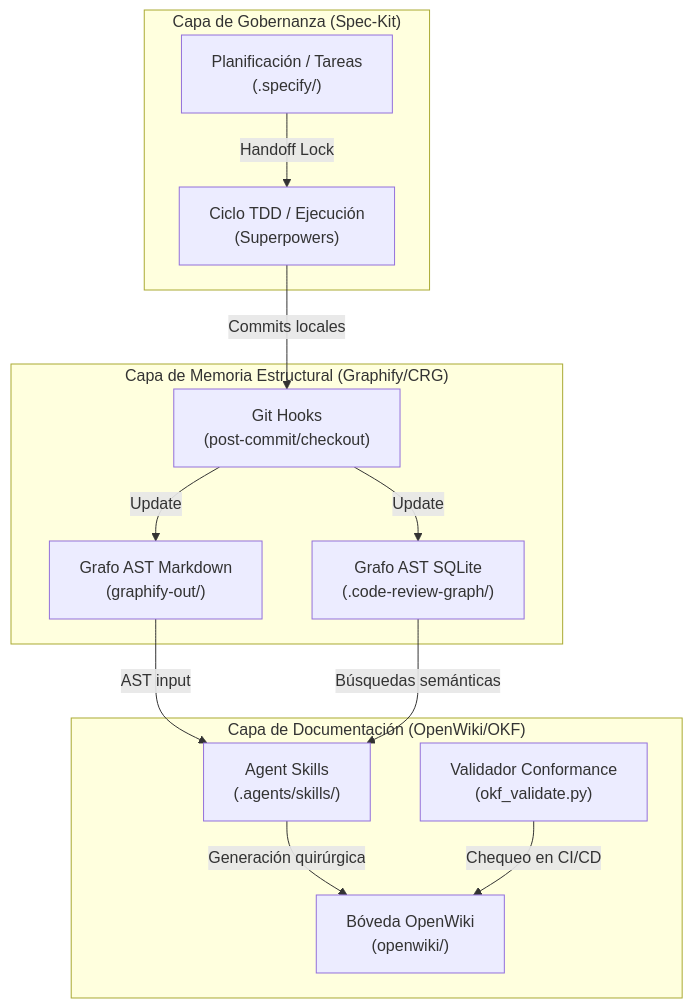
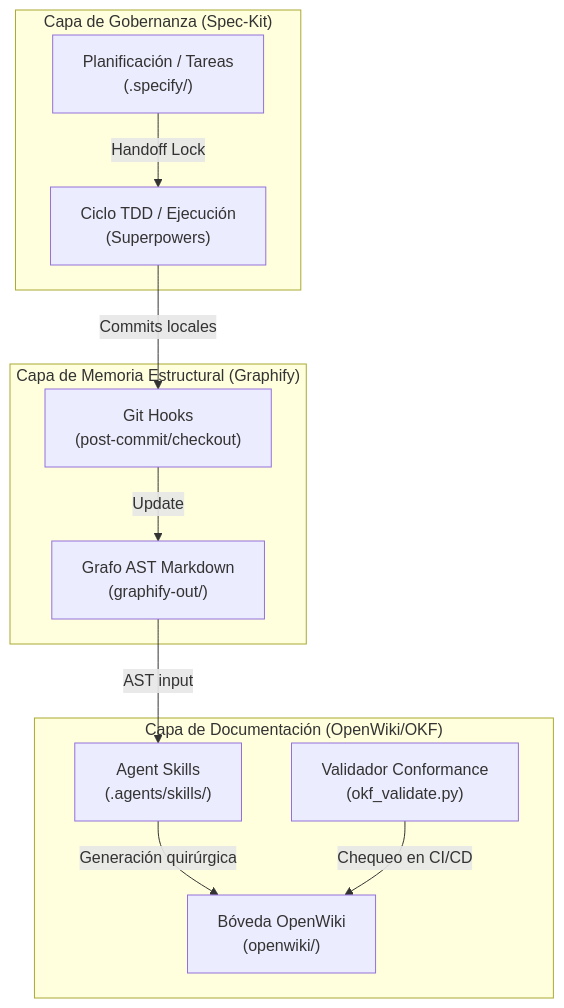
One commit to lgcorzo/Documentation_agent changed the diagram in MANUAL.md. Above: the diagram before and after it, drawn with Mermaid. The commit also changed other lines of this file and 20 other files, not shown here.

Commit message:
refactor: eliminate code-review-graph (CRG) and Ollama dependencies

````diff
--- a/MANUAL.md
+++ b/MANUAL.md
@@ -11,20 +11,18 @@
 ```mermaid
 flowchart TD
     subgraph "Capa de Gobernanza (Spec-Kit)"
         A["Planificación / Tareas<br/>(.specify/)"] -->|"Handoff Lock"| B["Ciclo TDD / Ejecución<br/>(Superpowers)"]
     end
 
-    subgraph "Capa de Memoria Estructural (Graphify/CRG)"
-        C["Git Hooks<br/>(post-commit/checkout)"] -->|"Update"| D["Grafo AST SQLite<br/>(.code-review-graph/)"]
-        C -->|"Update"| E["Grafo AST Markdown<br/>(graphify-out/)"]
+    subgraph "Capa de Memoria Estructural (Graphify)"
+        C["Git Hooks<br/>(post-commit/checkout)"] -->|"Update"| E["Grafo AST Markdown<br/>(graphify-out/)"]
     end
 
     subgraph "Capa de Documentación (OpenWiki/OKF)"
         F["Agent Skills<br/>(.agents/skills/)"] -->|"Generación quirúrgica"| G["Bóveda OpenWiki<br/>(openwiki/)"]
         H["Validador Conformance<br/>(okf_validate.py)"] -->|"Chequeo en CI/CD"| G
     end
 
     B -->|"Commits locales"| C
     E -->|"AST input"| F
-    D -->|"Búsquedas semánticas"| F
 ```
````
